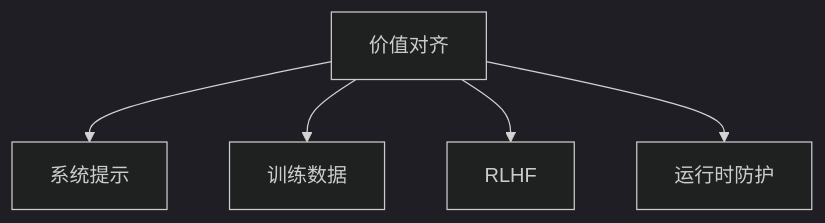
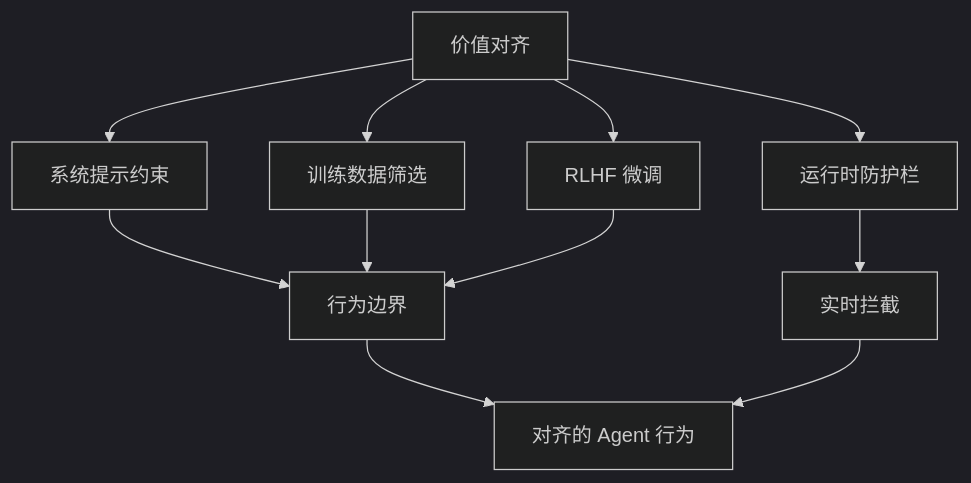
The diagram in docs/07-安全与治理/04-对齐与伦理.md (dilboy/agent-programming-wiki), drawn with Mermaid (dark theme) before and after one commit. The commit also changed other lines of this file and 26 other files, not shown here.

````diff
--- a/docs/07-安全与治理/04-对齐与伦理.md
+++ b/docs/07-安全与治理/04-对齐与伦理.md
@@ -21,7 +24,13 @@
 ```mermaid
 graph TD
-    A[价值对齐] --> B[系统提示]
-    A --> C[训练数据]
-    A --> D[RLHF]
-    A --> E[运行时防护]
+    A[价值对齐] --> B[系统提示约束]
+    A --> C[训练数据筛选]
+    A --> D[RLHF 微调]
+    A --> E[运行时防护栏]
+    B --> F[行为边界]
+    C --> F
+    D --> F
+    E --> G[实时拦截]
+    F --> H[对齐的 Agent 行为]
+    G --> H
 ```
````
